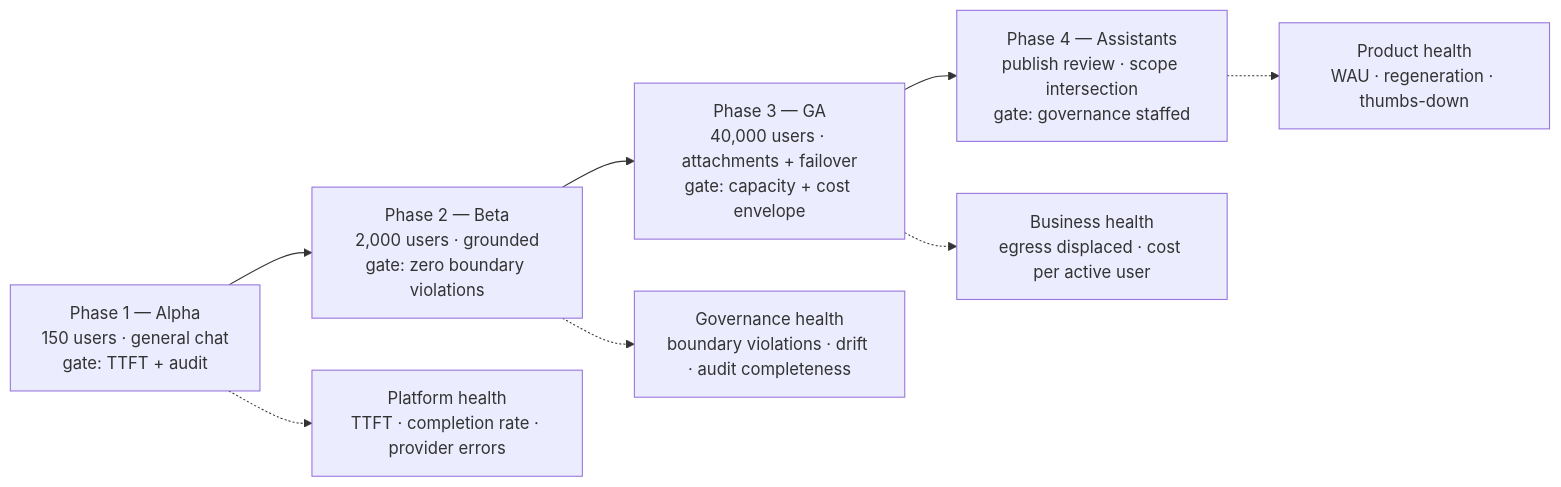
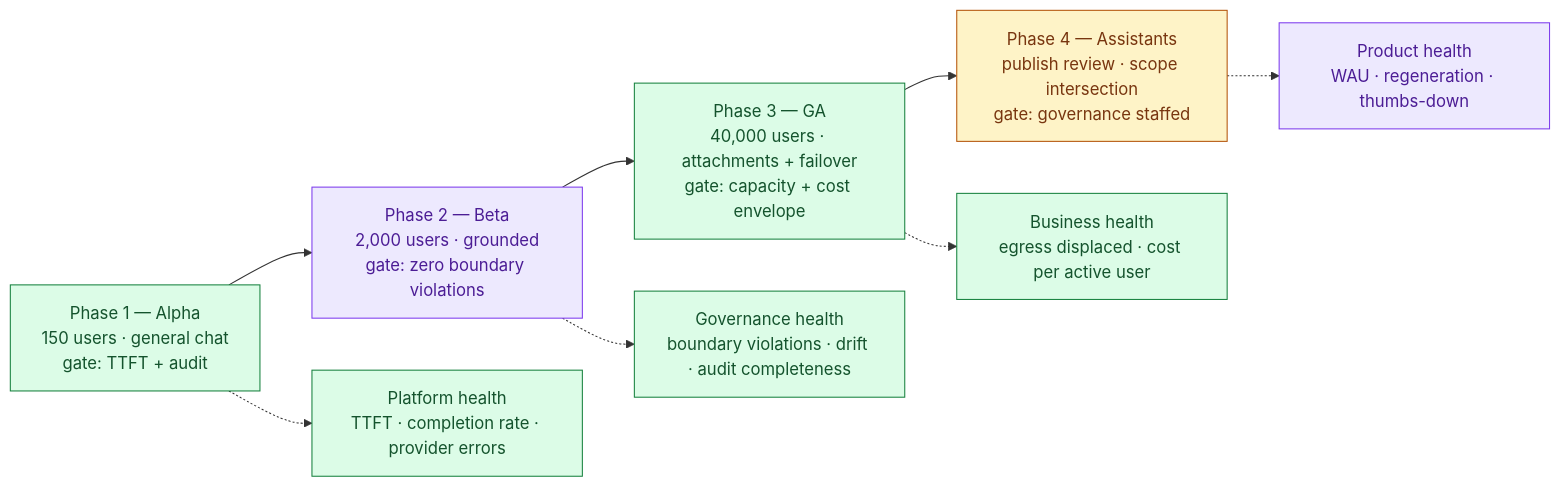
Before and after one commit to Sourav692/Forward-Deployed-Engineer-Interview-Prep: the second of 3 diagrams in 02_System_Design_Case_Studies/Standalone_Designs/26_Enterprise_Chatbot_Platform/3_Tutorial/26_Tutorial_Part_4.md, drawn with Mermaid. The commit also changed other lines of this file and 1268 other files, not shown here.

First line of the commit message:
content: polish Casebook writing and Mermaid diagrams (#251)

````diff
--- a/02_System_Design_Case_Studies/Standalone_Designs/26_Enterprise_Chatbot_Platform/3_Tutorial/26_Tutorial_Part_4.md
+++ b/02_System_Design_Case_Studies/Standalone_Designs/26_Enterprise_Chatbot_Platform/3_Tutorial/26_Tutorial_Part_4.md
@@ -95,11 +106,19 @@
 ```mermaid
 flowchart LR
     P1["Phase 1 — Alpha<br/>150 users · general chat<br/>gate: TTFT + audit"] --> P2["Phase 2 — Beta<br/>2,000 users · grounded<br/>gate: zero boundary violations"]
     P2 --> P3["Phase 3 — GA<br/>40,000 users · attachments + failover<br/>gate: capacity + cost envelope"]
     P3 --> P4["Phase 4 — Assistants<br/>publish review · scope intersection<br/>gate: governance staffed"]
 
     P1 -.-> M1["Platform health<br/>TTFT · completion rate · provider errors"]
     P2 -.-> M2["Governance health<br/>boundary violations · drift · audit completeness"]
     P3 -.-> M3["Business health<br/>egress displaced · cost per active user"]
     P4 -.-> M4["Product health<br/>WAU · regeneration · thumbs-down"]
+
+    %% Casebook colours: entry, reasoning, results, controls, and stopped paths.
+    classDef cbAction fill:#dcfce7,stroke:#15803d,color:#14532d
+    class P1,P3,M1,M2,M3 cbAction
+    classDef cbReason fill:#ede9fe,stroke:#7c3aed,color:#4c1d95
+    class P2,M4 cbReason
+    classDef cbPolicy fill:#fef3c7,stroke:#b45309,color:#78350f
+    class P4 cbPolicy
 ```
````
